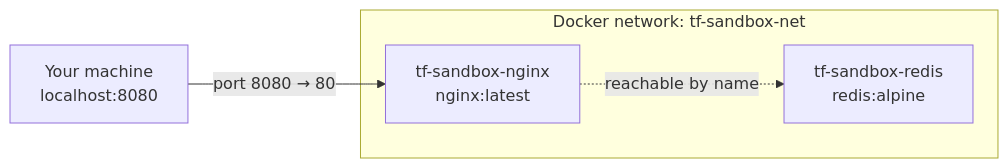
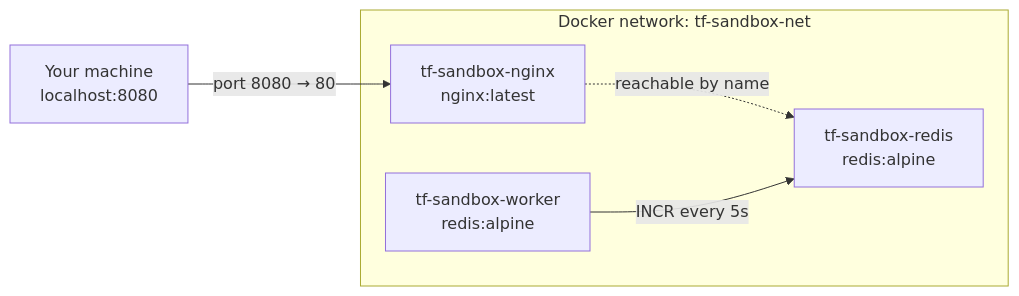
The diagram in README.md (clinardjw/terraform-docker-sandbox), drawn with Mermaid before and after one commit. The commit also changed other lines of this file and 4 other files, not shown here.

Commit message:
Add worker container that writes to Redis

````diff
--- a/README.md
+++ b/README.md
@@ -11,10 +11,12 @@
 ```mermaid
 flowchart LR
     host["Your machine<br/>localhost:8080"] -->|port 8080 → 80| nginx
 
     subgraph net["Docker network: tf-sandbox-net"]
         nginx["tf-sandbox-nginx<br/>nginx:latest"]
         redis["tf-sandbox-redis<br/>redis:alpine"]
+        worker["tf-sandbox-worker<br/>redis:alpine"]
         nginx -.->|reachable by name| redis
+        worker -->|INCR every 5s| redis
     end
 ```
````
